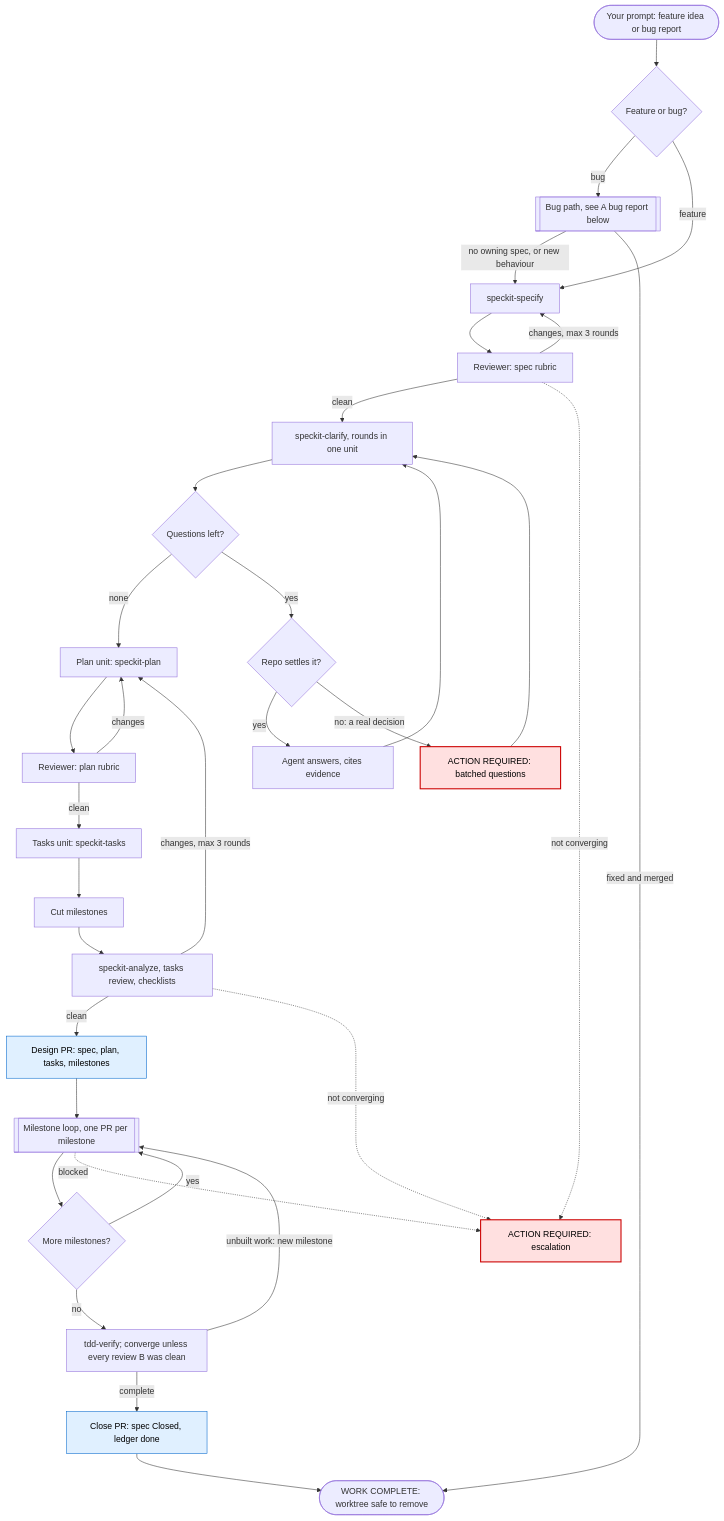
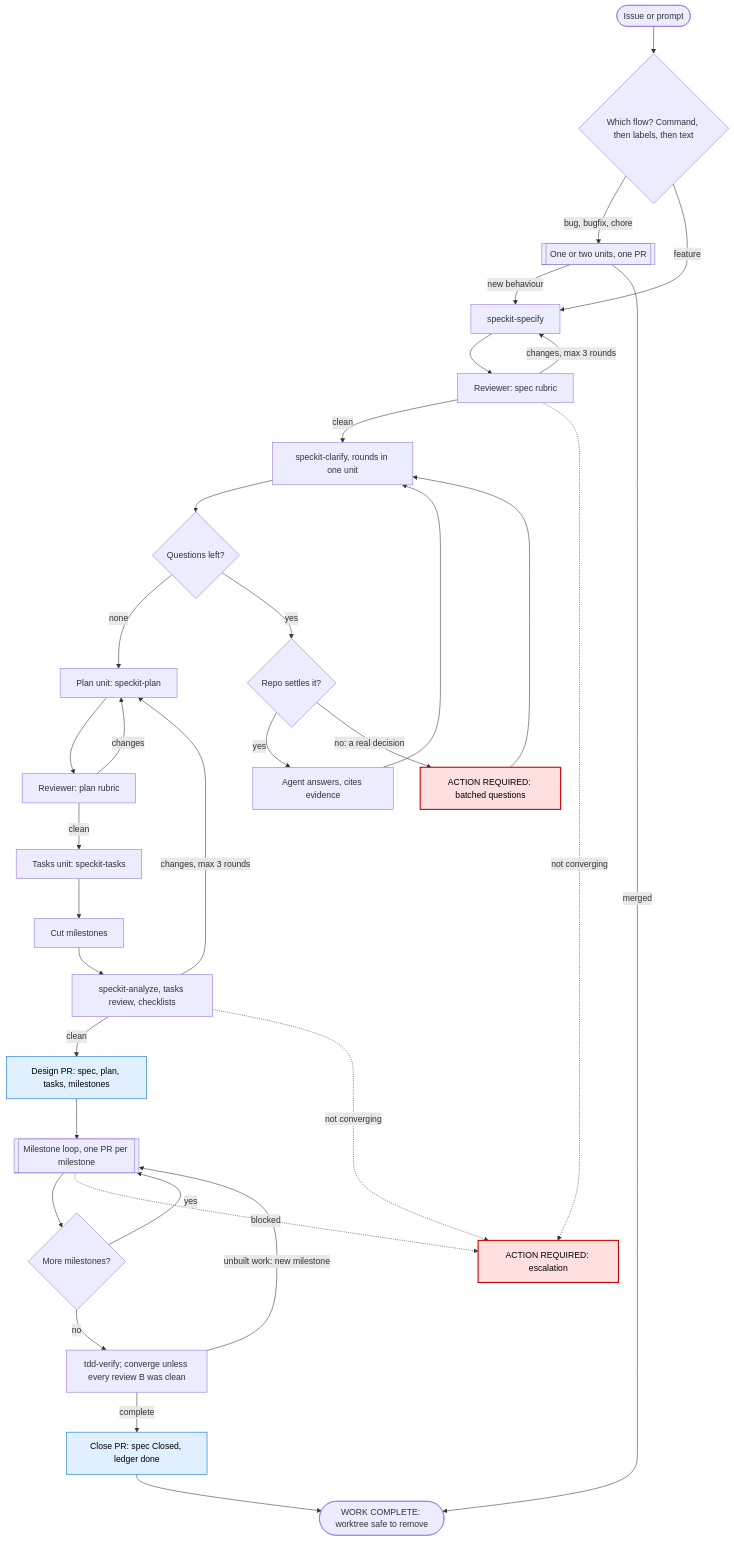
One commit to jaroslawherod/micold-ai-ide changed the first of 3 diagrams in .claude/skills/speckit-autopilot/README.md. Above: the diagram before and after it, drawn with Mermaid. The commit also changed other lines of this file and 71 other files, not shown here.

First line of the commit message:
feat(autopilot): choose the flow and effort from issue labels, split the skill into modules

````diff
--- a/.claude/skills/speckit-autopilot/README.md
+++ b/.claude/skills/speckit-autopilot/README.md
@@ -23,47 +63,47 @@
 ```mermaid
 flowchart TD
-    START(["Your prompt: feature idea or bug report"]) --> TRIAGE{"Feature or bug?"}
+    START(["Issue or prompt"]) --> TRIAGE{"Which flow? Command, then labels, then text"}
 
-    TRIAGE -->|bug| BUGPATH[["Bug path, see A bug report below"]]
-    BUGPATH -->|"no owning spec, or new behaviour"| SPEC
-    BUGPATH -->|"fixed and merged"| DONE
+    TRIAGE -->|"bug, bugfix, chore"| LIGHT[["One or two units, one PR"]]
+    LIGHT -->|"new behaviour"| SPEC
+    LIGHT -->|"merged"| DONE
 
     TRIAGE -->|feature| SPEC["speckit-specify"]
     SPEC --> SREV["Reviewer: spec rubric"]
     SREV -->|"changes, max 3 rounds"| SPEC
     SREV -->|clean| CSCAN["speckit-clarify, rounds in one unit"]
 
     CSCAN --> CQ{"Questions left?"}
     CQ -->|none| PLAN
     CQ -->|yes| CTRI{"Repo settles it?"}
     CTRI -->|yes| CAUTO["Agent answers, cites evidence"]
     CTRI -->|"no: a real decision"| H1["ACTION REQUIRED: batched questions"]
     CAUTO --> CSCAN
     H1 --> CSCAN
 
     PLAN["Plan unit: speckit-plan"] --> PREV["Reviewer: plan rubric"]
     PREV -->|changes| PLAN
     PREV -->|clean| TASKS["Tasks unit: speckit-tasks"]
     TASKS --> MCUT["Cut milestones"]
     MCUT --> ANA["speckit-analyze, tasks review, checklists"]
     ANA -->|"changes, max 3 rounds"| PLAN
     ANA -->|clean| PR2["Design PR: spec, plan, tasks, milestones"]
 
     PR2 --> MLOOP[["Milestone loop, one PR per milestone"]]
     MLOOP --> MORE{"More milestones?"}
     MORE -->|yes| MLOOP
     MORE -->|no| CLOSE["tdd-verify; converge unless every review B was clean"]
     CLOSE -->|"unbuilt work: new milestone"| MLOOP
     CLOSE -->|complete| FIN["Close PR: spec Closed, ledger done"]
     FIN --> DONE(["WORK COMPLETE: worktree safe to remove"])
 
     ESC["ACTION REQUIRED: escalation"]
     SREV -.->|"not converging"| ESC
     ANA -.->|"not converging"| ESC
     MLOOP -.->|blocked| ESC
 
     classDef human fill:#ffe0e0,stroke:#c00,stroke-width:2px,color:#000
     classDef pr fill:#e0f0ff,stroke:#06c,color:#000
     class H1,ESC human
     class PR2,FIN pr
 ```
````
